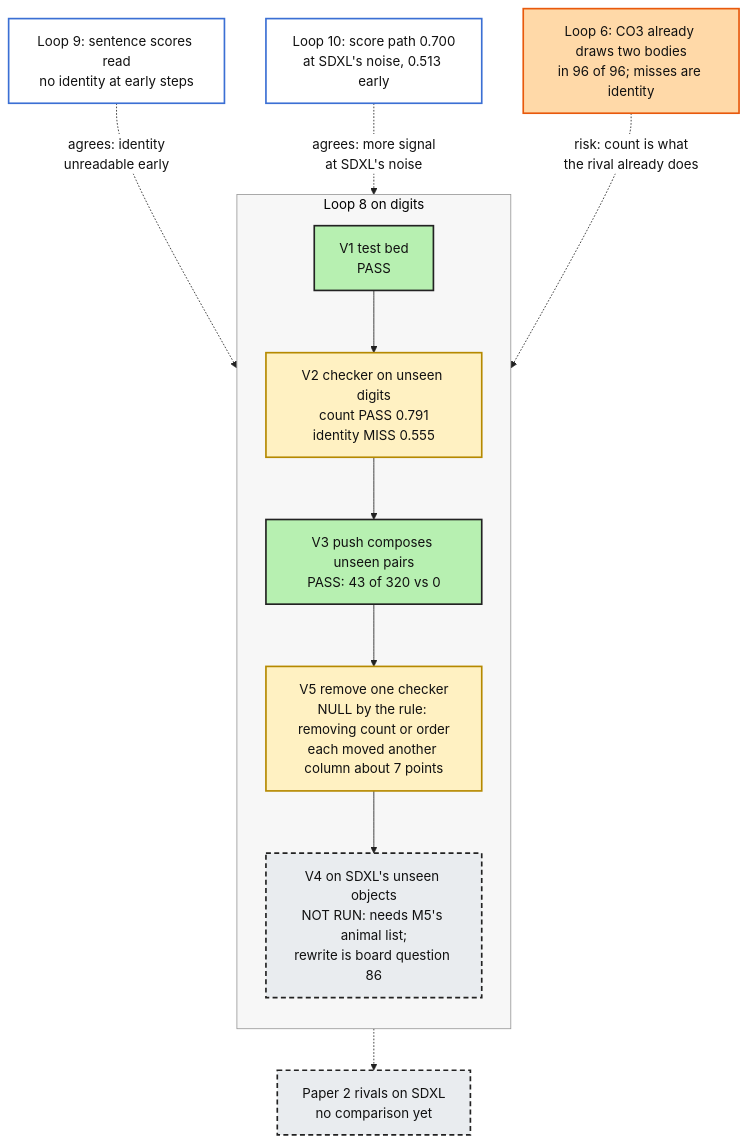
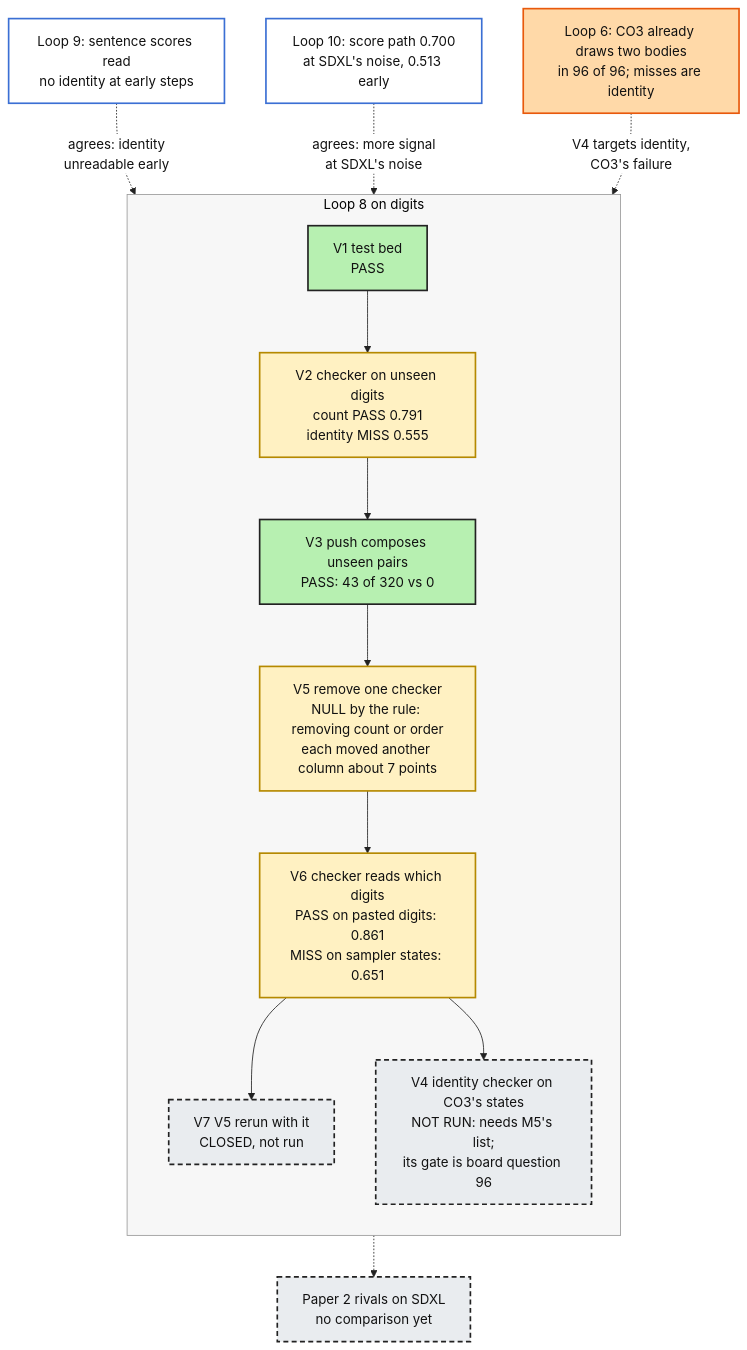
The diagram in artifacts/notes/progress/abstract-checkers/09-summary/where-loop-8-stands.mmd (mo-rsa24/concept-composition), drawn with Mermaid before and after one commit. The commit also changed 2 other files, not shown here.

Commit message:
Loop 8 summary: V6 reads which digits on pasted canvases (0.861) and misses on sampler states (0.651); V7 closed; V4 rewritten against CO3 (Loop 12's audit note)

```diff
--- a/artifacts/notes/progress/abstract-checkers/09-summary/where-loop-8-stands.mmd
+++ b/artifacts/notes/progress/abstract-checkers/09-summary/where-loop-8-stands.mmd
@@ -1,23 +1,25 @@
 %%{init: {'theme': 'base', 'themeVariables': {'fontFamily': 'monospace', 'primaryColor': '#ffffff', 'primaryBorderColor': '#222222', 'primaryTextColor': '#111111', 'lineColor': '#222222'}}}%%
 flowchart TB
   subgraph L8["Loop 8 on digits"]
     direction TB
     V1["V1 test bed<br/>PASS"]:::good --> V2["V2 checker on unseen digits<br/>count PASS 0.791<br/>identity MISS 0.555"]:::mixed
     V2 --> V3["V3 push composes unseen pairs<br/>PASS: 43 of 320 vs 0"]:::good
     V3 --> V5["V5 remove one checker<br/>NULL by the rule: removing count or order<br/>each moved another column about 7 points"]:::mixed
-    V5 --> V4["V4 on SDXL's unseen objects<br/>NOT RUN: needs M5's animal list;<br/>rewrite is board question 86"]:::todo
+    V5 --> V6["V6 checker reads which digits<br/>PASS on pasted digits: 0.861<br/>MISS on sampler states: 0.651"]:::mixed
+    V6 --> V7["V7 V5 rerun with it<br/>CLOSED, not run"]:::todo
+    V6 --> V4["V4 identity checker on CO3's states<br/>NOT RUN: needs M5's list;<br/>its gate is board question 96"]:::todo
   end
   L9["Loop 9: sentence scores read<br/>no identity at early steps"]:::other
   L10["Loop 10: score path 0.700<br/>at SDXL's noise, 0.513 early"]:::other
   L6["Loop 6: CO3 already draws two bodies<br/>in 96 of 96; misses are identity"]:::risk
   R["Paper 2 rivals on SDXL<br/>no comparison yet"]:::todo
   L9 -. "agrees: identity<br/>unreadable early" .-> V2
   L10 -. "agrees: more signal<br/>at SDXL's noise" .-> V2
-  L6 -. "risk: count is what<br/>the rival already does" .-> V4
+  L6 -. "V4 targets identity,<br/>CO3's failure" .-> V4
   V4 -.-> R
   classDef good fill:#b7f0b1,stroke:#222222,stroke-width:2px,color:#111111
   classDef mixed fill:#fff1c2,stroke:#b58900,stroke-width:2px,color:#111111
   classDef todo fill:#e9ecef,stroke:#222222,stroke-width:2px,stroke-dasharray:6 4,color:#111111
   classDef other fill:#ffffff,stroke:#3b6fd4,stroke-width:2px,color:#111111
   classDef risk fill:#ffd9a8,stroke:#e8590c,stroke-width:2px,color:#111111
   style L8 fill:#f7f7f7,stroke:#999999,stroke-width:1px
```
